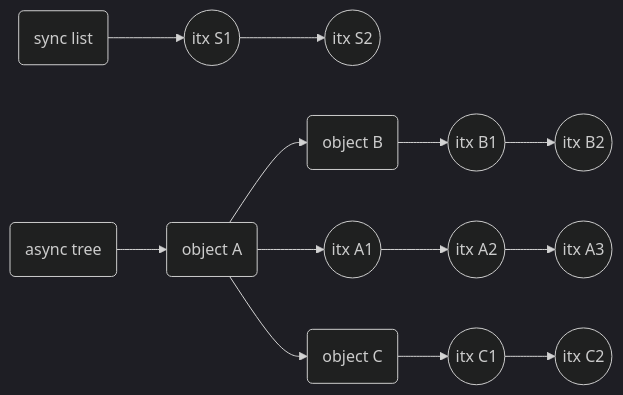
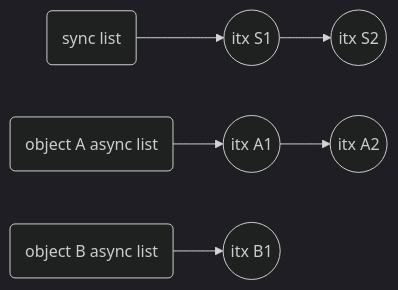
Before and after one commit to prakashsurya/prakashsurya.github.io: the second of 44 diagrams in content/post/2017-10-24-zil-performance-how-i-doubled-sync-write-speed.md, drawn with Mermaid (dark theme). The commit also changed other lines of this file, not shown here.

```diff
--- a/content/post/2017-10-24-zil-performance-how-i-doubled-sync-write-speed.md
+++ b/content/post/2017-10-24-zil-performance-how-i-doubled-sync-write-speed.md
@@ -268,16 +455,10 @@
 <div class="mermaid">
 graph LR
   SLIST(sync list) --> SLIST-1((itx S1))
   SLIST-1          --> SLIST-2((itx S2))
 
-  ATREE(async tree) --> OBJ-A(object A)
-  OBJ-A             --> OBJ-B(object B)
-  OBJ-B             --> OBJ-B-1((itx B1))
-  OBJ-B-1           --> OBJ-B-2((itx B2))
-  OBJ-A             --> OBJ-A-1((itx A1))
-  OBJ-A-1           --> OBJ-A-2((itx A2))
-  OBJ-A-2           --> OBJ-A-3((itx A3))
-  OBJ-A             --> OBJ-C(object C)
-  OBJ-C             --> OBJ-C-1((itx C1))
-  OBJ-C-1           --> OBJ-C-2((itx C2))
+  OBJ-A(object A async list) --> OBJ-A-1((itx A1))
+  OBJ-A-1                    --> OBJ-A-2((itx A2))
+
+  OBJ-B(object B async list) --> OBJ-B-1((itx B1))
 </div>
```
